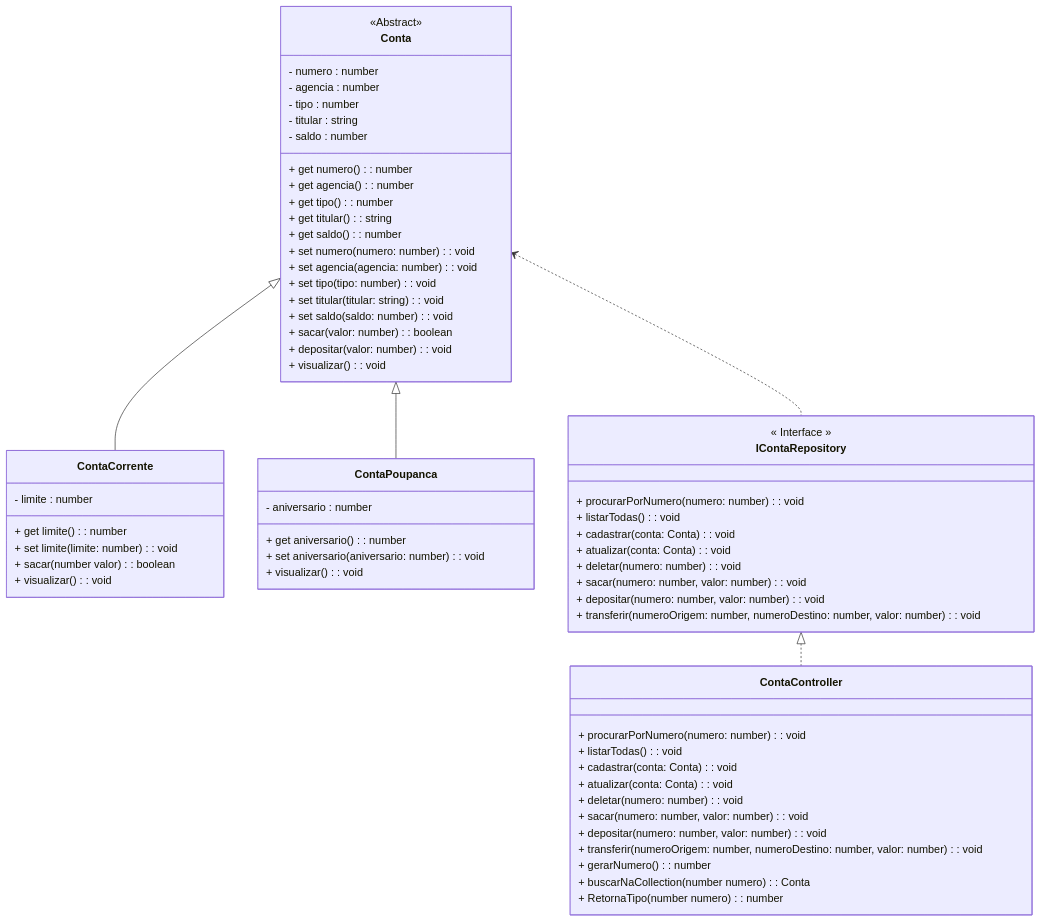
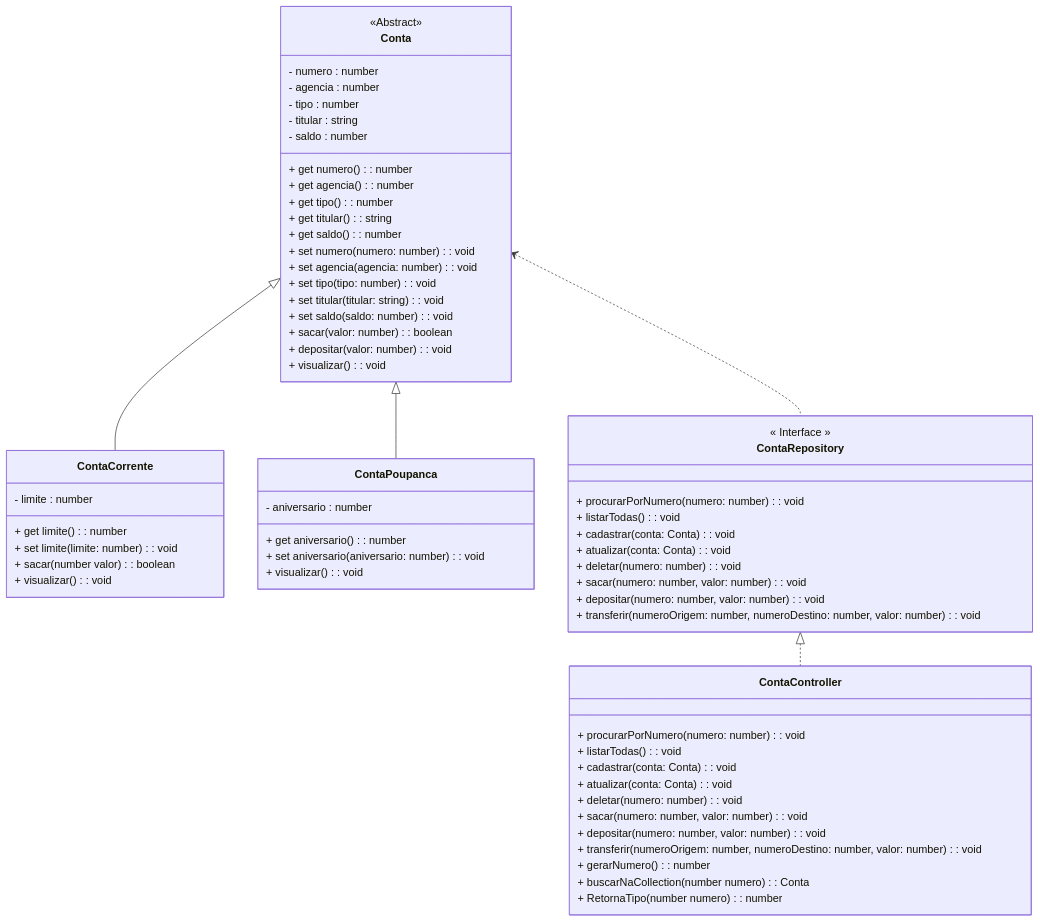
Before and after one commit to conteudoGeneration/cookbook_javascript: the diagram in 01_javascript/pr07.md, drawn with Mermaid. The commit also changed other lines of this file and 21 other files, not shown here.

````diff
--- a/01_javascript/pr07.md
+++ b/01_javascript/pr07.md
@@ -11,65 +11,65 @@
 ```mermaid
 classDiagram
 class Conta {
 <<Abstract>>
   - numero : number
   - agencia : number
   - tipo : number
   - titular : string
   - saldo : number
   + get numero(): number
   + get agencia(): number
   + get tipo(): number
   + get titular(): string
   + get saldo(): number
   + set numero(numero: number): void
   + set agencia(agencia: number): void
   + set tipo(tipo: number): void
   + set titular(titular: string): void
   + set saldo(saldo: number): void
   + sacar(valor: number): boolean
   + depositar(valor: number): void
   + visualizar(): void
 }
 class ContaCorrente {
   - limite : number
   + get limite(): number
   + set limite(limite: number): void
   + sacar(number valor): boolean
   + visualizar(): void
 }
 class ContaPoupanca {
   - aniversario : number
   + get aniversario(): number
   + set aniversario(aniversario: number): void
   + visualizar(): void
 }
-class IContaRepository{
+class ContaRepository{
 << Interface >>
 + procurarPorNumero(numero: number): void
 + listarTodas(): void
 + cadastrar(conta: Conta): void
 + atualizar(conta: Conta): void
 + deletar(numero: number): void
 + sacar(numero: number, valor: number): void
 + depositar(numero: number, valor: number): void
 + transferir(numeroOrigem: number, numeroDestino: number, valor: number): void
 }
 class ContaController{
 + procurarPorNumero(numero: number): void
 + listarTodas(): void
 + cadastrar(conta: Conta): void
 + atualizar(conta: Conta): void
 + deletar(numero: number): void
 + sacar(numero: number, valor: number): void
 + depositar(numero: number, valor: number): void
 + transferir(numeroOrigem: number, numeroDestino: number, valor: number): void
 + gerarNumero(): number
 + buscarNaCollection(number numero): Conta
 + RetornaTipo(number numero): number
 }
 Conta <|-- ContaCorrente
 Conta <|-- ContaPoupanca
-Conta <.. IContaRepository
-IContaRepository <|.. ContaController
+Conta <.. ContaRepository
+ContaRepository <|.. ContaController
 ```
````
